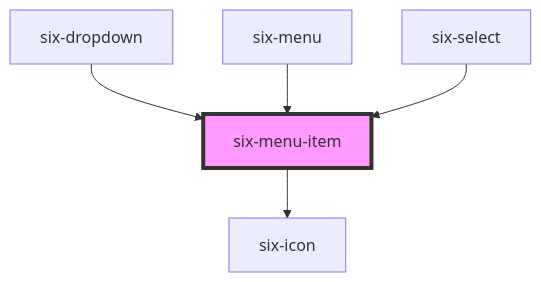
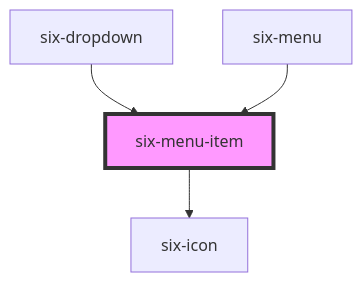
The diagram in libraries/ui-library/src/components/six-menu-item/readme.md (six-group/six-webcomponents), drawn with Mermaid before and after one commit. The commit also changed other lines of this file and 2 other files, not shown here.

Commit message:
fix: render six-select correctly when value is set before rendering
This commit addresses an issue where the six-select component failed to render properly if the value was set before the rendering process. Additionally, it resolves a bug that prevented selected items from being displayed as checked when the 'options' property is used.

````diff
--- a/libraries/ui-library/src/components/six-menu-item/readme.md
+++ b/libraries/ui-library/src/components/six-menu-item/readme.md
@@ -83,8 +82,7 @@
 ```mermaid
 graph TD;
   six-menu-item --> six-icon
   six-dropdown --> six-menu-item
   six-menu --> six-menu-item
-  six-select --> six-menu-item
   style six-menu-item fill:#f9f,stroke:#333,stroke-width:4px
 ```
````
